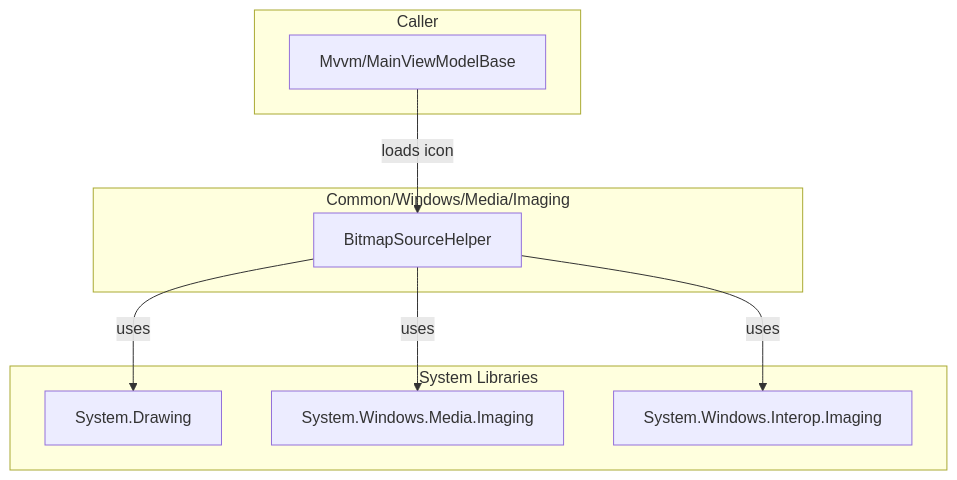
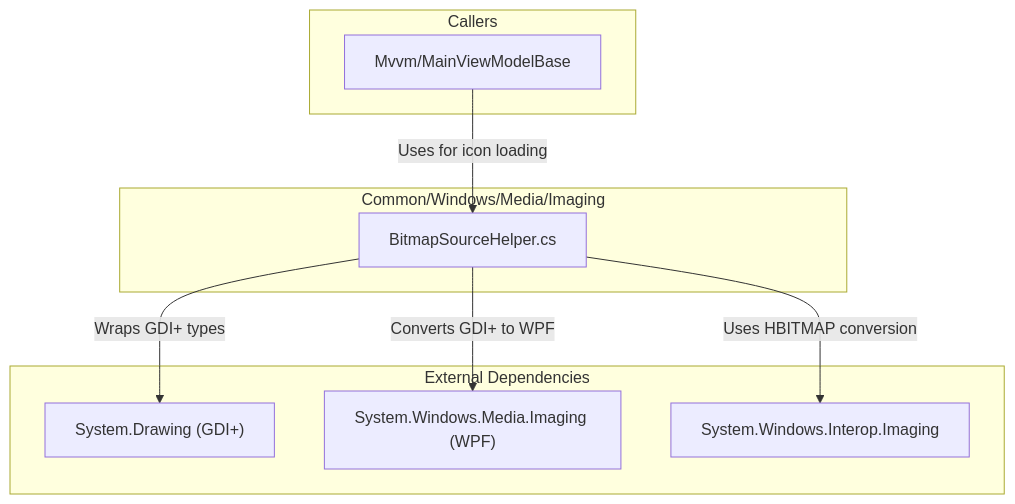
One commit to wetzlmaier-scch/mvvm changed the diagram in doc/Common/Windows/Media/Imaging.md. Above: the diagram before and after it, drawn with Mermaid. The commit also changed other lines of this file and 132 other files, not shown here.

````diff
--- a/doc/Common/Windows/Media/Imaging.md
+++ b/doc/Common/Windows/Media/Imaging.md
@@ -27,21 +17,21 @@
 ```mermaid
 flowchart TD
-    subgraph "Caller"
-        VM[Mvvm/MainViewModelBase]
+    subgraph "Common/Windows/Media/Imaging"
+        BSH["BitmapSourceHelper.cs"]
+    end
+    
+    subgraph "External Dependencies"
+        GDI["System.Drawing (GDI+)"]
+        WPF["System.Windows.Media.Imaging (WPF)"]
+        Interop["System.Windows.Interop.Imaging"]
     end
 
-    subgraph "Common/Windows/Media/Imaging"
-        BSH[BitmapSourceHelper]
+    subgraph "Callers"
+        MVVM["Mvvm/MainViewModelBase"]
     end
 
-    subgraph "System Libraries"
-        GDI[System.Drawing]
-        WPF[System.Windows.Media.Imaging]
-        Interop[System.Windows.Interop.Imaging]
-    end
-
-    VM -->|loads icon| BSH
-    BSH -->|uses| GDI
-    BSH -->|uses| WPF
-    BSH -->|uses| Interop
+    MVVM -->|"Uses for icon loading"| BSH
+    BSH -->|"Converts GDI+ to WPF"| WPF
+    BSH -->|"Uses HBITMAP conversion"| Interop
+    BSH -->|"Wraps GDI+ types"| GDI
 ```
````
